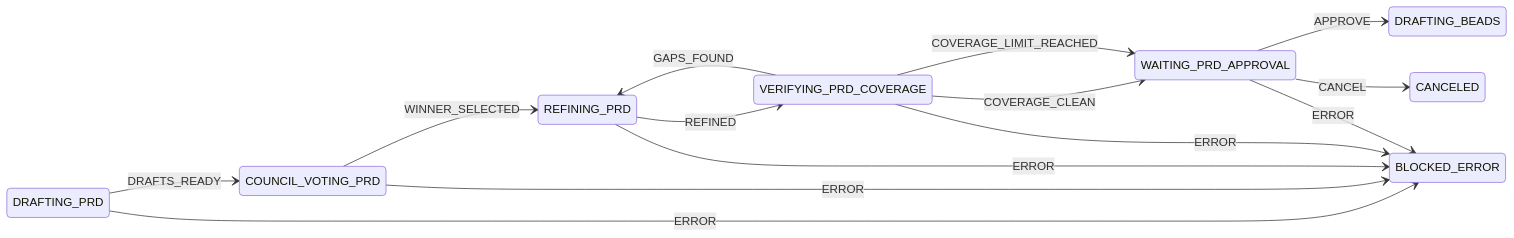
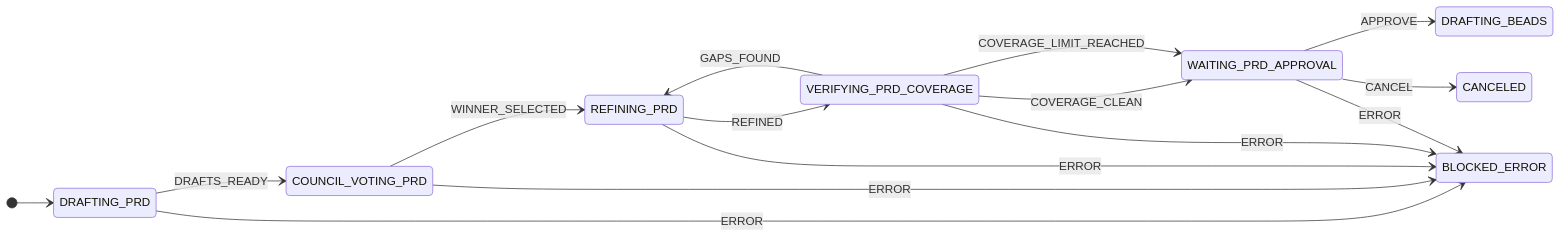
One commit to antclt/LoopTroop changed the fourth of 7 diagrams in docs/ticket-flow.md. Above: the diagram before and after it, drawn with Mermaid. The commit also changed other lines of this file, not shown here.

First line of the commit message:
fix: add entry points to state machine diagrams for proper rendering

````diff
--- a/docs/ticket-flow.md
+++ b/docs/ticket-flow.md
@@ -244,22 +246,24 @@
 ```mermaid
 stateDiagram-v2
     direction LR
+
+    [*] --> DRAFTING_PRD
 
     DRAFTING_PRD --> COUNCIL_VOTING_PRD: DRAFTS_READY
     DRAFTING_PRD --> BLOCKED_ERROR: ERROR
 
     COUNCIL_VOTING_PRD --> REFINING_PRD: WINNER_SELECTED
     COUNCIL_VOTING_PRD --> BLOCKED_ERROR: ERROR
 
     REFINING_PRD --> VERIFYING_PRD_COVERAGE: REFINED
     REFINING_PRD --> BLOCKED_ERROR: ERROR
 
     VERIFYING_PRD_COVERAGE --> REFINING_PRD: GAPS_FOUND
     VERIFYING_PRD_COVERAGE --> WAITING_PRD_APPROVAL: COVERAGE_CLEAN
     VERIFYING_PRD_COVERAGE --> WAITING_PRD_APPROVAL: COVERAGE_LIMIT_REACHED
     VERIFYING_PRD_COVERAGE --> BLOCKED_ERROR: ERROR
 
     WAITING_PRD_APPROVAL --> DRAFTING_BEADS: APPROVE
     WAITING_PRD_APPROVAL --> BLOCKED_ERROR: ERROR
     WAITING_PRD_APPROVAL --> CANCELED: CANCEL
 ```
````
